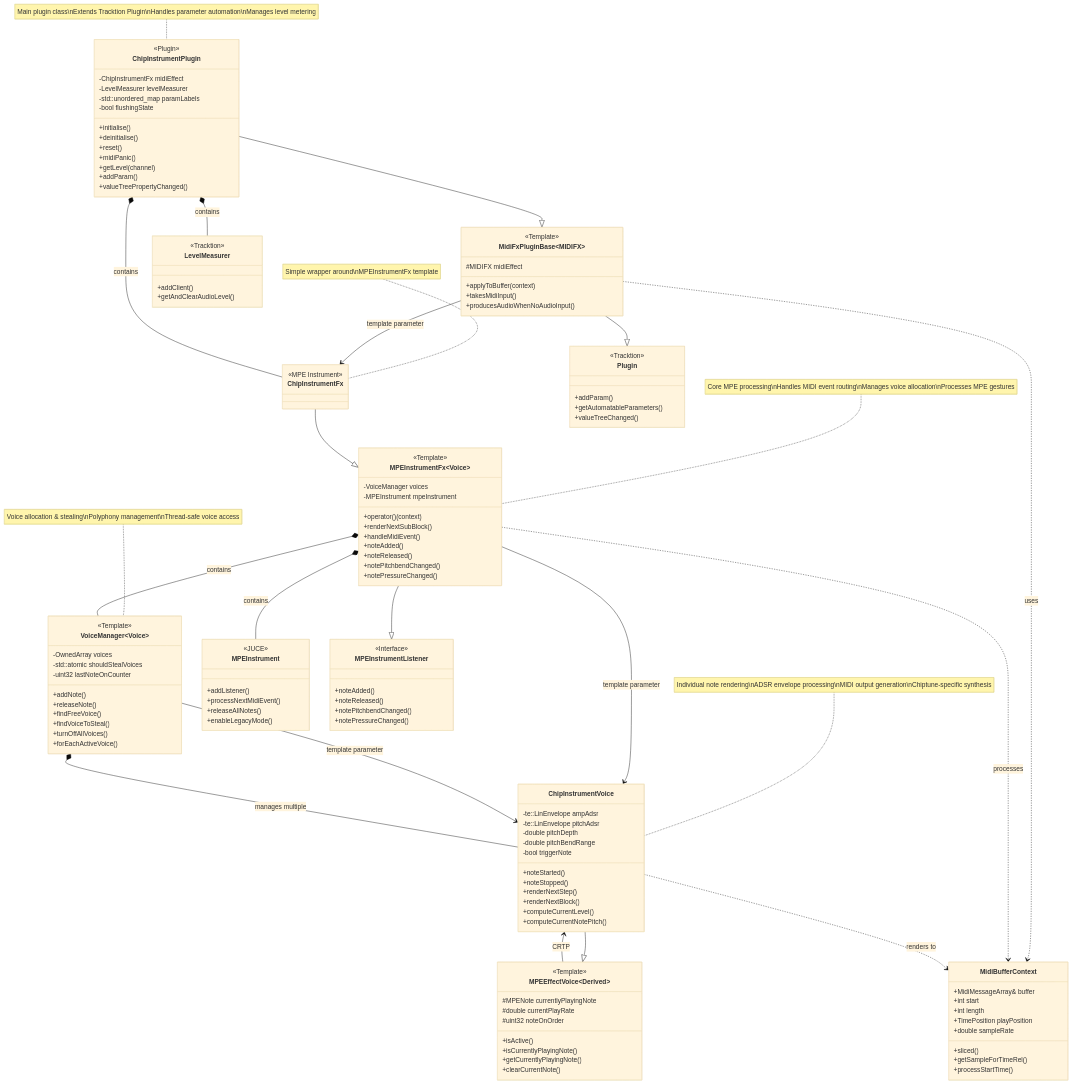
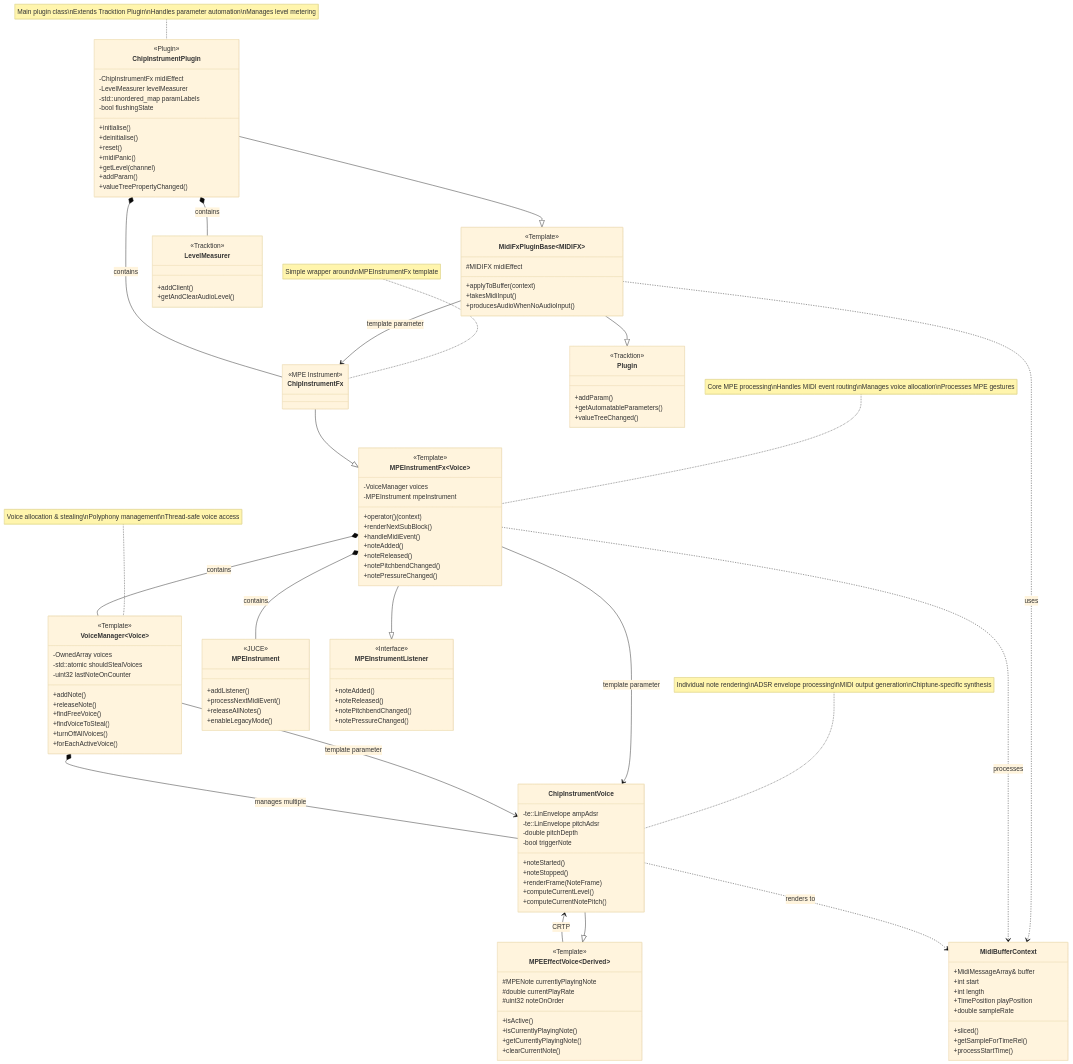
Before and after one commit to Pixel-Matter/uZX: the diagram in src/plugins/uZX/instrument/Readme.md, drawn with Mermaid (base theme). The commit also changed 63 other files, not shown here.

```diff
--- a/src/plugins/uZX/instrument/Readme.md
+++ b/src/plugins/uZX/instrument/Readme.md
@@ -63,12 +63,10 @@
         -te::LinEnvelope ampAdsr
         -te::LinEnvelope pitchAdsr
         -double pitchDepth
-        -double pitchBendRange
         -bool triggerNote
         +noteStarted()
         +noteStopped()
-        +renderNextStep()
-        +renderNextBlock()
+        +renderFrame(NoteFrame)
         +computeCurrentLevel()
         +computeCurrentNotePitch()
     }
```
